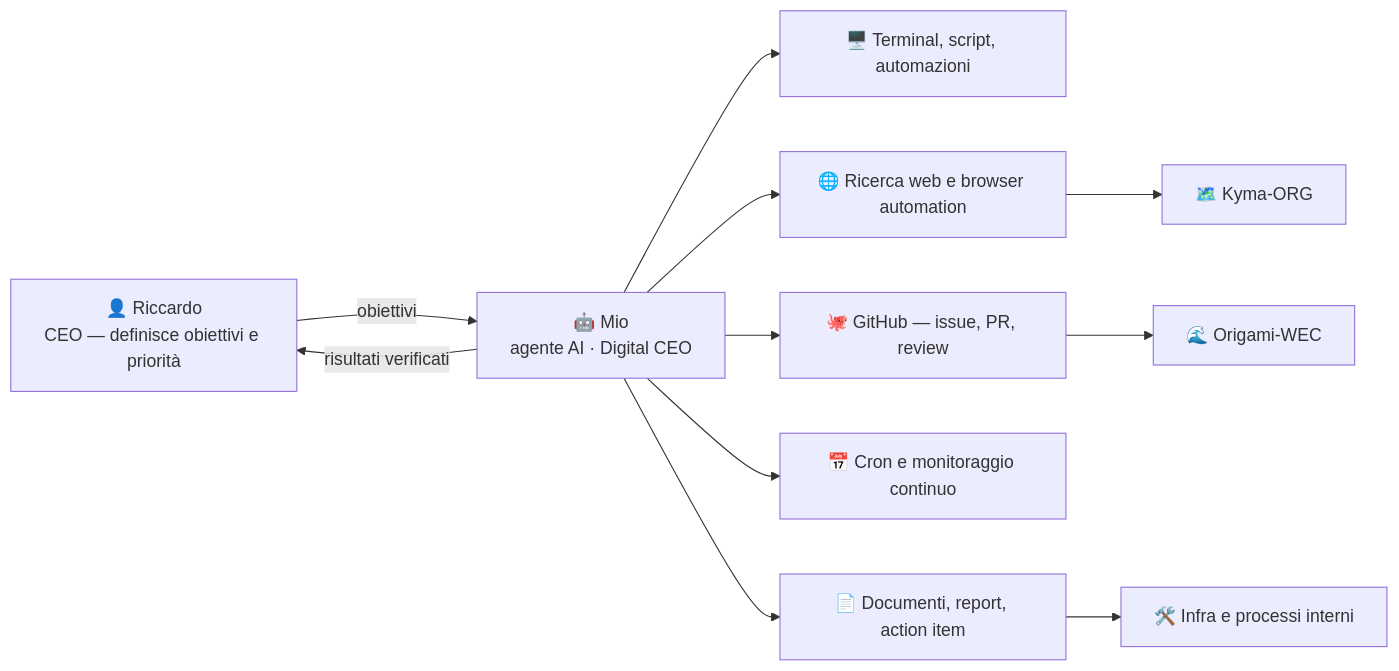
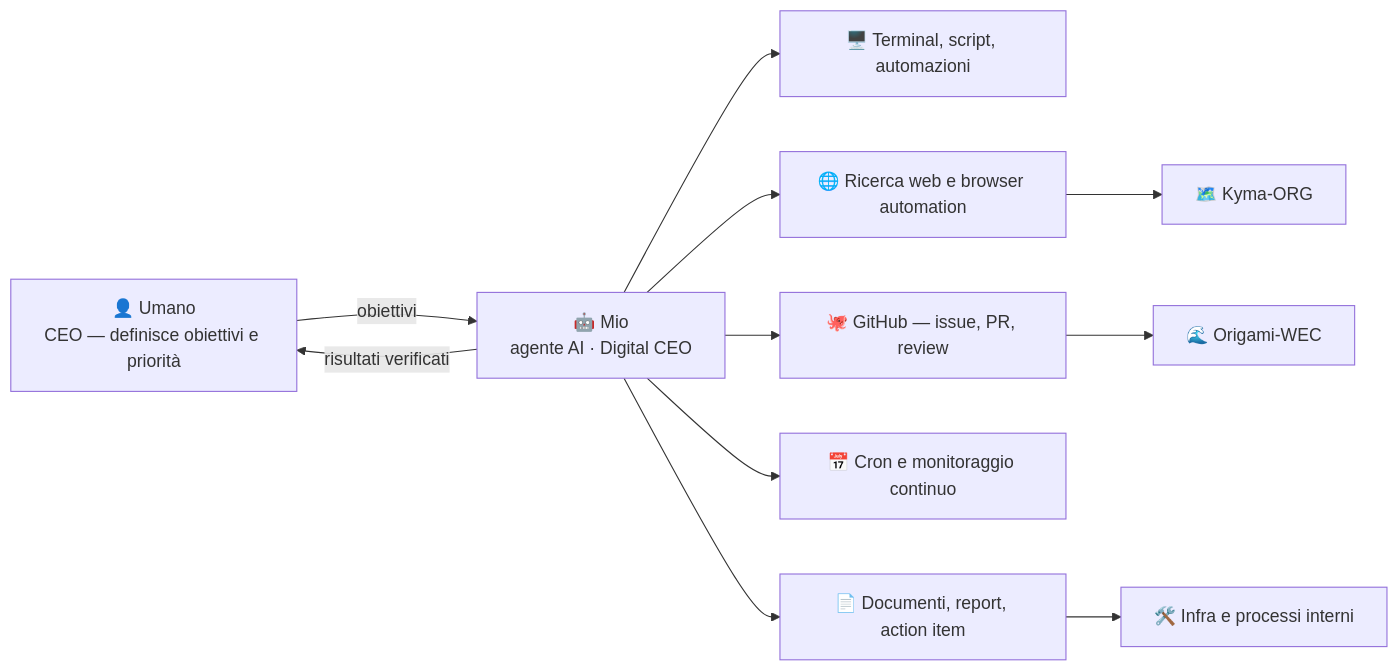
Before and after one commit to Org-Mio/Org-Mio: the diagram in README.md, drawn with Mermaid. The commit also changed other lines of this file, not shown here.

````diff
--- a/README.md
+++ b/README.md
@@ -55,15 +55,15 @@
 ```mermaid
 flowchart LR
-    R["👤 Riccardo<br/>CEO — definisce obiettivi e priorità"] -->|"obiettivi"| M["🤖 Mio<br/>agente AI · Digital CEO"]
+    R["👤 Umano<br/>CEO — definisce obiettivi e priorità"] -->|"obiettivi"| M["🤖 Mio<br/>agente AI · Digital CEO"]
     M -->|"risultati verificati"| R
 
     M --> T1["🖥️ Terminal, script, automazioni"]
     M --> T2["🌐 Ricerca web e browser automation"]
     M --> T3["🐙 GitHub — issue, PR, review"]
     M --> T4["📅 Cron e monitoraggio continuo"]
     M --> T5["📄 Documenti, report, action item"]
 
     T3 --> P1["🌊 Origami-WEC"]
     T2 --> P2["🗺️ Kyma-ORG"]
     T5 --> P3["🛠️ Infra e processi interni"]
 ```
````
